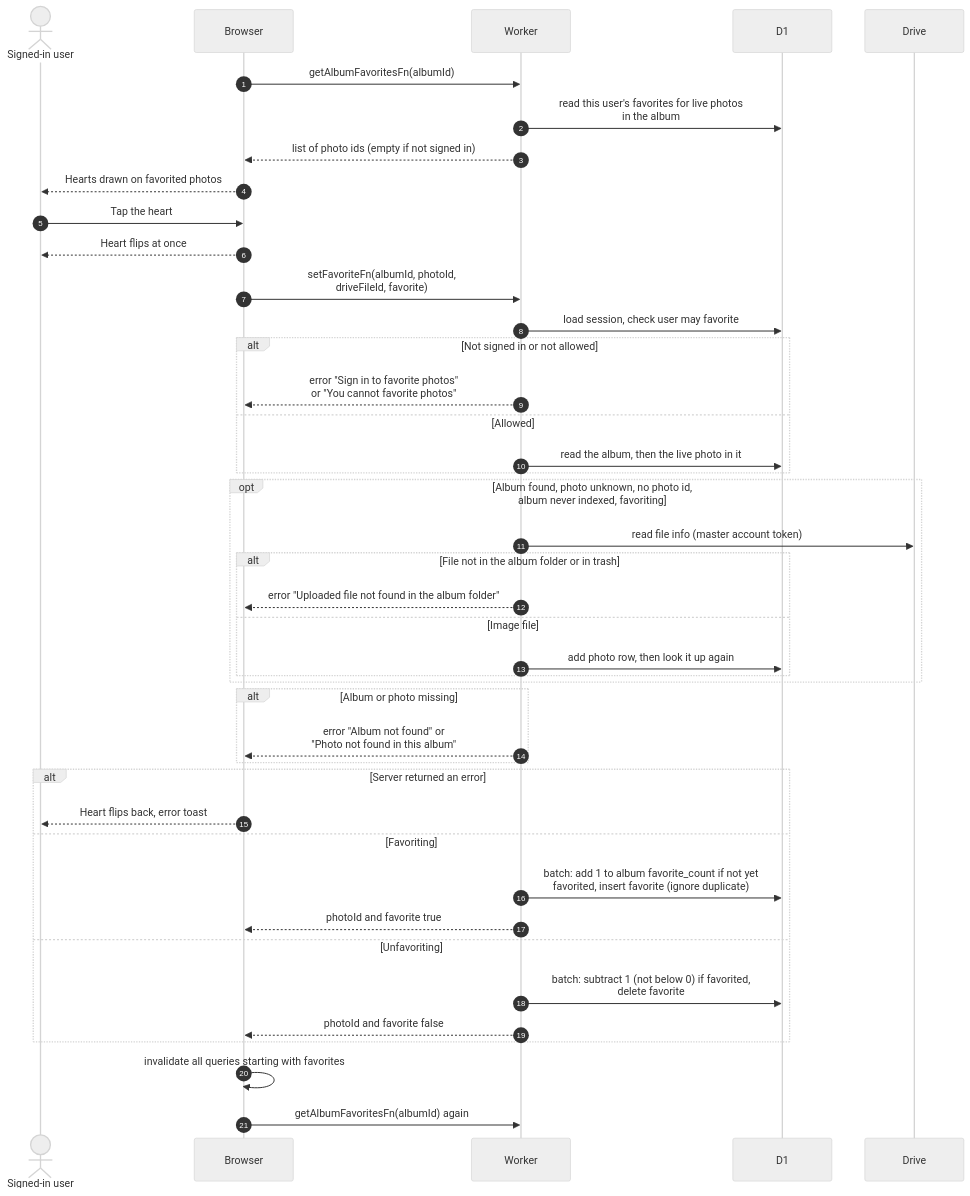
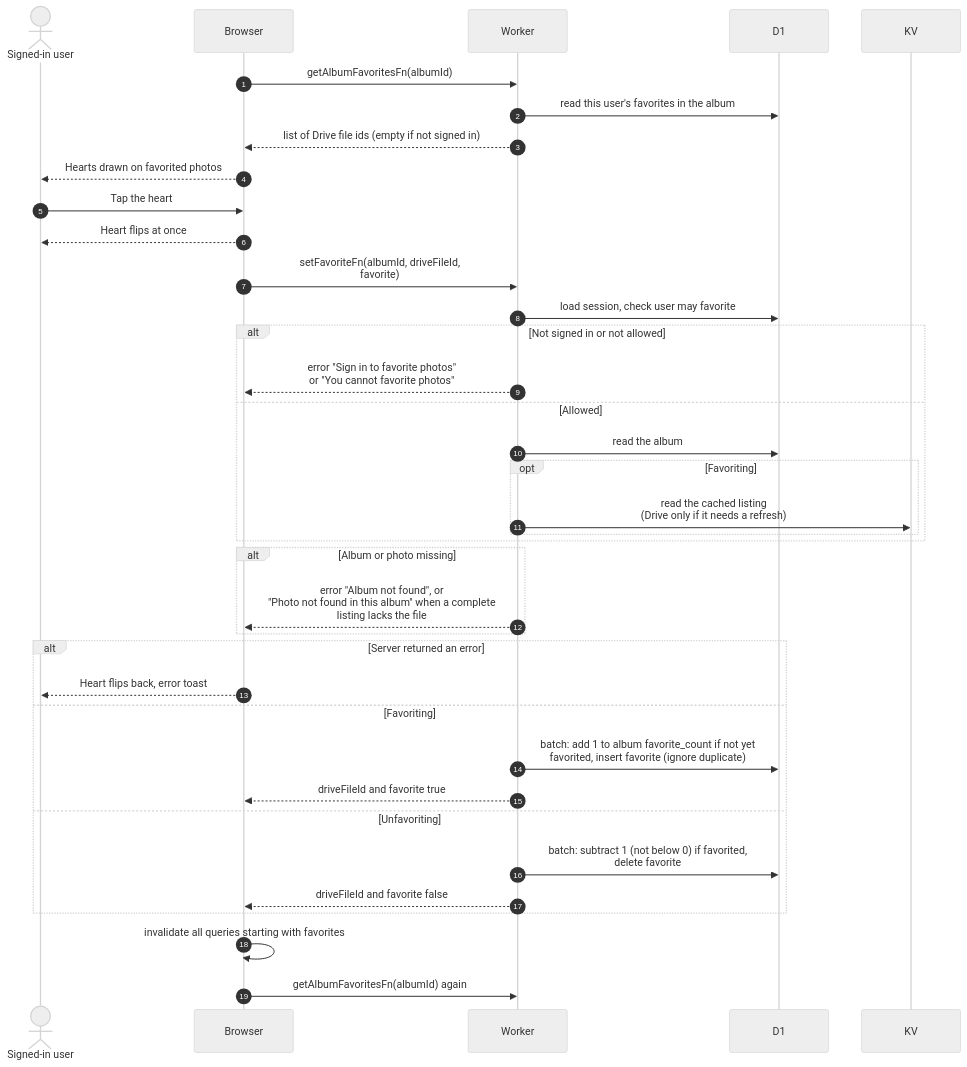
The diagram in docs/scenarios/equipment/toggle-favorite.md (sagyzdop/meriksirat), drawn with Mermaid (neutral theme) before and after one commit. The commit also changed other lines of this file and 28 other files, not shown here.

First line of the commit message:
feat(favorites): key favorites and covers by Drive file ID

````diff
--- a/docs/scenarios/equipment/toggle-favorite.md
+++ b/docs/scenarios/equipment/toggle-favorite.md
@@ -39,44 +39,39 @@
 ```mermaid
 sequenceDiagram
     autonumber
     actor U as Signed-in user
     participant B as Browser
     participant W as Worker
     participant D as D1
-    participant G as Drive
+    participant K as KV
     B->>W: getAlbumFavoritesFn(albumId)
-    W->>D: read this user's favorites for live photos<br/>in the album
-    W-->>B: list of photo ids (empty if not signed in)
+    W->>D: read this user's favorites in the album
+    W-->>B: list of Drive file ids (empty if not signed in)
     B-->>U: Hearts drawn on favorited photos
     U->>B: Tap the heart
     B-->>U: Heart flips at once
-    B->>W: setFavoriteFn(albumId, photoId,<br/>driveFileId, favorite)
+    B->>W: setFavoriteFn(albumId, driveFileId,<br/>favorite)
     W->>D: load session, check user may favorite
     alt Not signed in or not allowed
         W-->>B: error "Sign in to favorite photos"<br/>or "You cannot favorite photos"
     else Allowed
-        W->>D: read the album, then the live photo in it
-    end
-    opt Album found, photo unknown, no photo id,<br/>album never indexed, favoriting
-        W->>G: read file info (master account token)
-        alt File not in the album folder or in trash
-            W-->>B: error "Uploaded file not found in the album folder"
-        else Image file
-            W->>D: add photo row, then look it up again
+        W->>D: read the album
+        opt Favoriting
+            W->>K: read the cached listing<br/>(Drive only if it needs a refresh)
         end
     end
     alt Album or photo missing
-        W-->>B: error "Album not found" or<br/>"Photo not found in this album"
+        W-->>B: error "Album not found", or<br/>"Photo not found in this album" when a complete<br/>listing lacks the file
     end
     alt Server returned an error
         B-->>U: Heart flips back, error toast
     else Favoriting
         W->>D: batch: add 1 to album favorite_count if not yet<br/>favorited, insert favorite (ignore duplicate)
-        W-->>B: photoId and favorite true
+        W-->>B: driveFileId and favorite true
     else Unfavoriting
         W->>D: batch: subtract 1 (not below 0) if favorited,<br/>delete favorite
-        W-->>B: photoId and favorite false
+        W-->>B: driveFileId and favorite false
     end
     B->>B: invalidate all queries starting with favorites
     B->>W: getAlbumFavoritesFn(albumId) again
 ```
````
